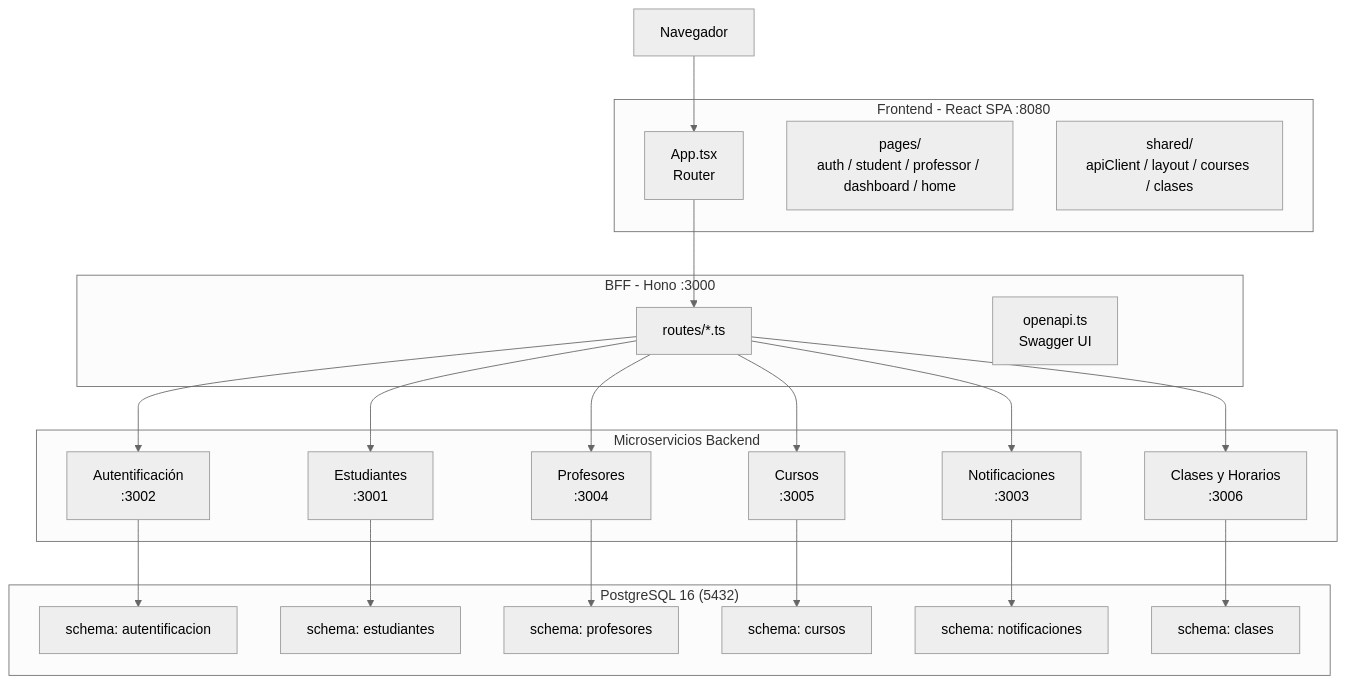
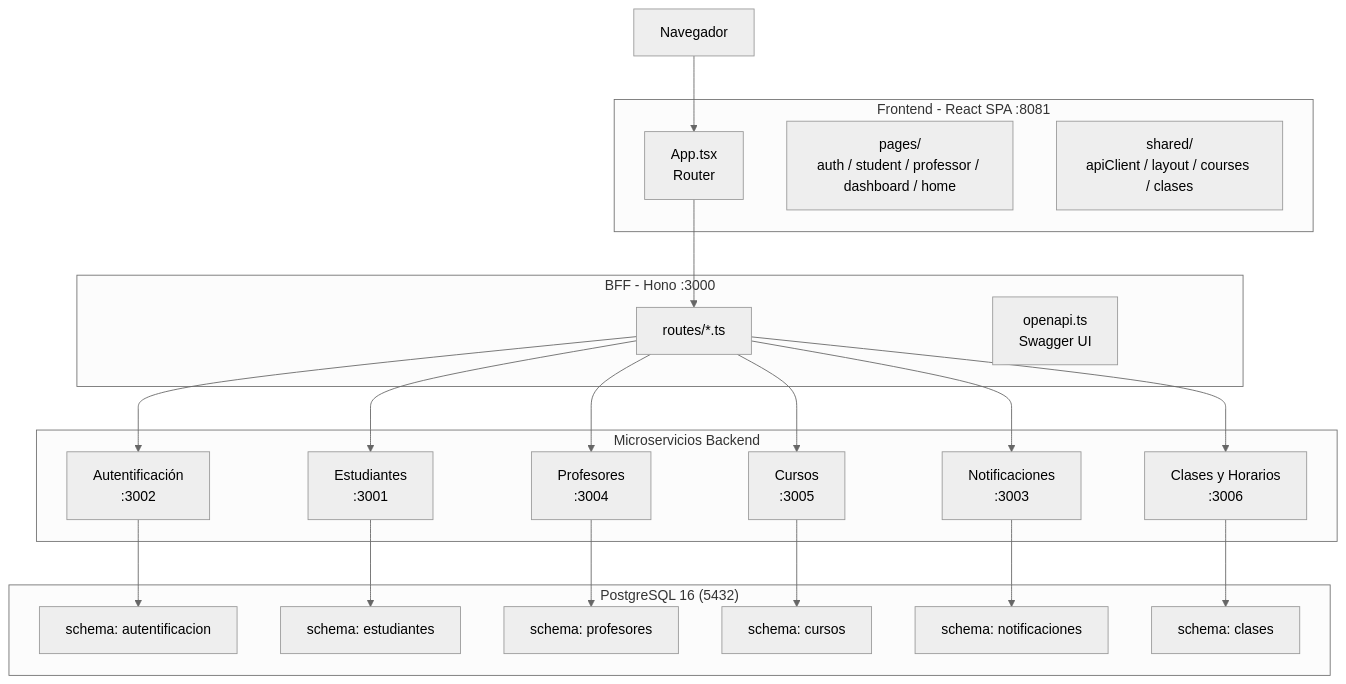
One commit to M4zls/WEp changed the diagram in README.md. Above: the diagram before and after it, drawn with Mermaid (neutral theme). The commit also changed other lines of this file, not shown here.

````diff
--- a/README.md
+++ b/README.md
@@ -23,48 +115,48 @@
 ```mermaid
 flowchart TB
     Browser["Navegador"]
 
-    subgraph Frontend["Frontend - React SPA :8080"]
+    subgraph Frontend["Frontend - React SPA :8081"]
         ReactApp["App.tsx<br/>Router"]
         Pages["pages/<br/>auth / student / professor / dashboard / home"]
         Shared["shared/<br/>apiClient / layout / courses / clases"]
     end
 
     subgraph BFF["BFF - Hono :3000"]
         BFFRoutes["routes/*.ts"]
         OpenAPI["openapi.ts<br/>Swagger UI"]
     end
 
     subgraph Microservices["Microservicios Backend"]
         Auth["Autentificación<br/>:3002"]
         Students["Estudiantes<br/>:3001"]
         Clases["Clases y Horarios<br/>:3006"]
         Teachers["Profesores<br/>:3004"]
         Courses["Cursos<br/>:3005"]
         Notif["Notificaciones<br/>:3003"]
     end
 
     subgraph DB["PostgreSQL 16 (5432)"]
         S1["schema: autentificacion"]
         S2["schema: estudiantes"]
         S3["schema: profesores"]
         S4["schema: cursos"]
         S5["schema: notificaciones"]
         S6["schema: clases"]
     end
 
     Browser --> ReactApp
     ReactApp --> BFFRoutes
     BFFRoutes --> Auth
     BFFRoutes --> Students
     BFFRoutes --> Teachers
     BFFRoutes --> Courses
     BFFRoutes --> Notif
     BFFRoutes --> Clases
     Auth --> S1
     Students --> S2
     Teachers --> S3
     Courses --> S4
     Notif --> S5
     Clases --> S6
 ```
````
